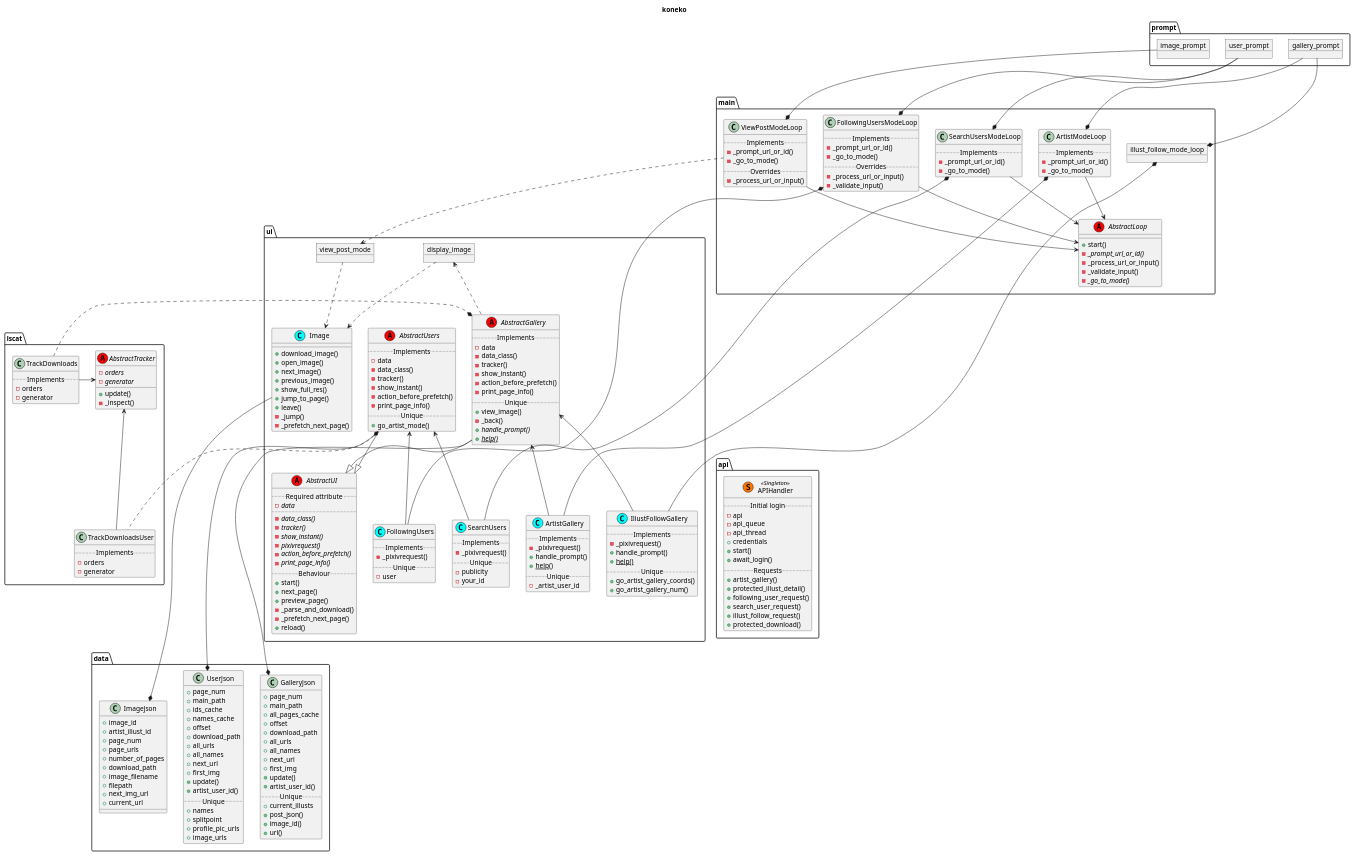
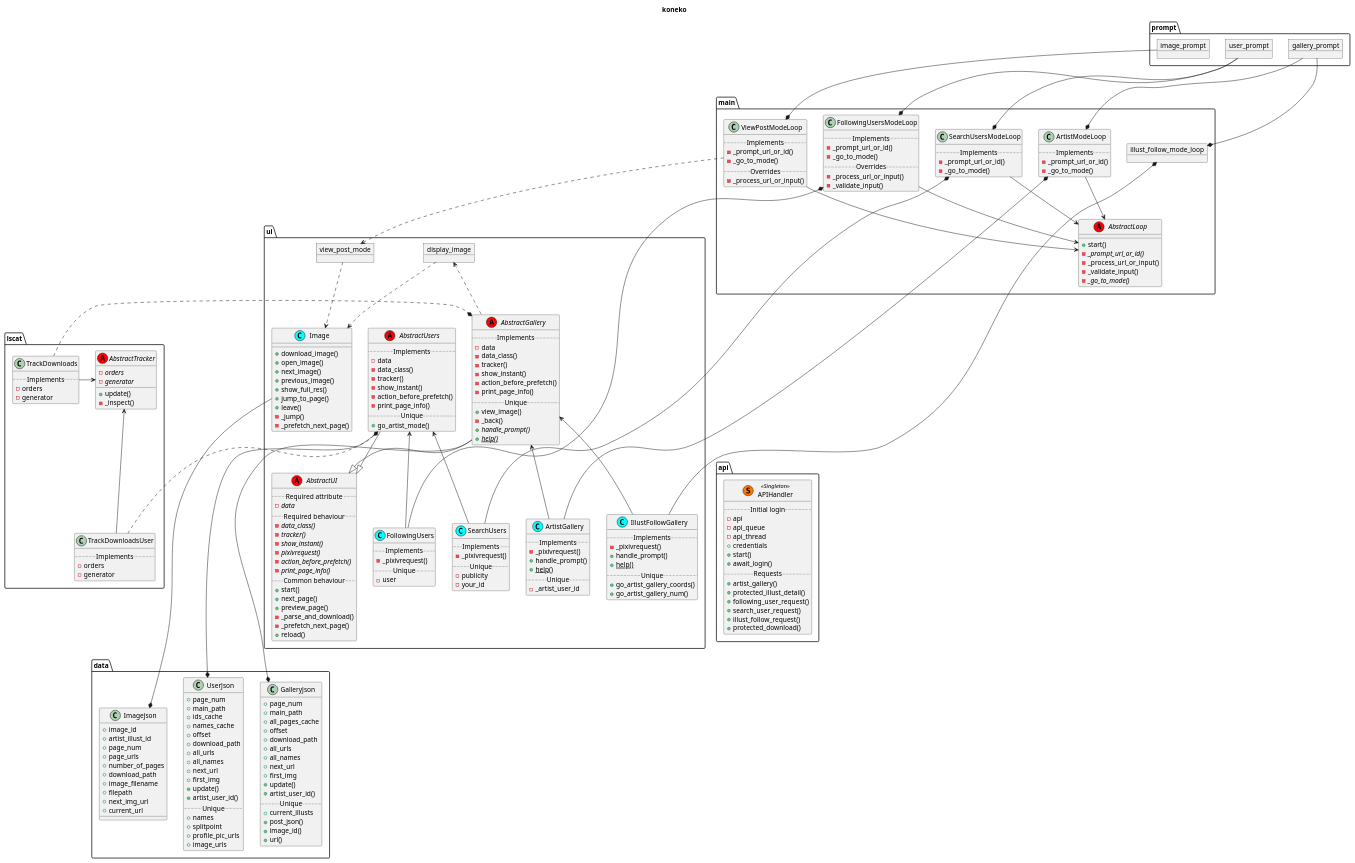
Before and after one commit to akazukin5151/koneko: the diagram in puml/classes.puml, drawn with PlantUML.

Commit message:
puml: Minor improvements to labels

```diff
--- a/puml/classes.puml
+++ b/puml/classes.puml
@@ -26,14 +26,14 @@
 abstract class ui.AbstractUI <<(A, red)>>{
     ..Required attribute..
     - {abstract} data
-    ..
+    ..Required behaviour..
     -{abstract}data_class()
     -{abstract}tracker()
     -{abstract}show_instant()
     -{abstract}pixivrequest()
     -{abstract}action_before_prefetch()
     -{abstract}print_page_info()
-    ..Behaviour..
+    ..Common behaviour..
     +start()
     +next_page()
     +preview_page()
```
